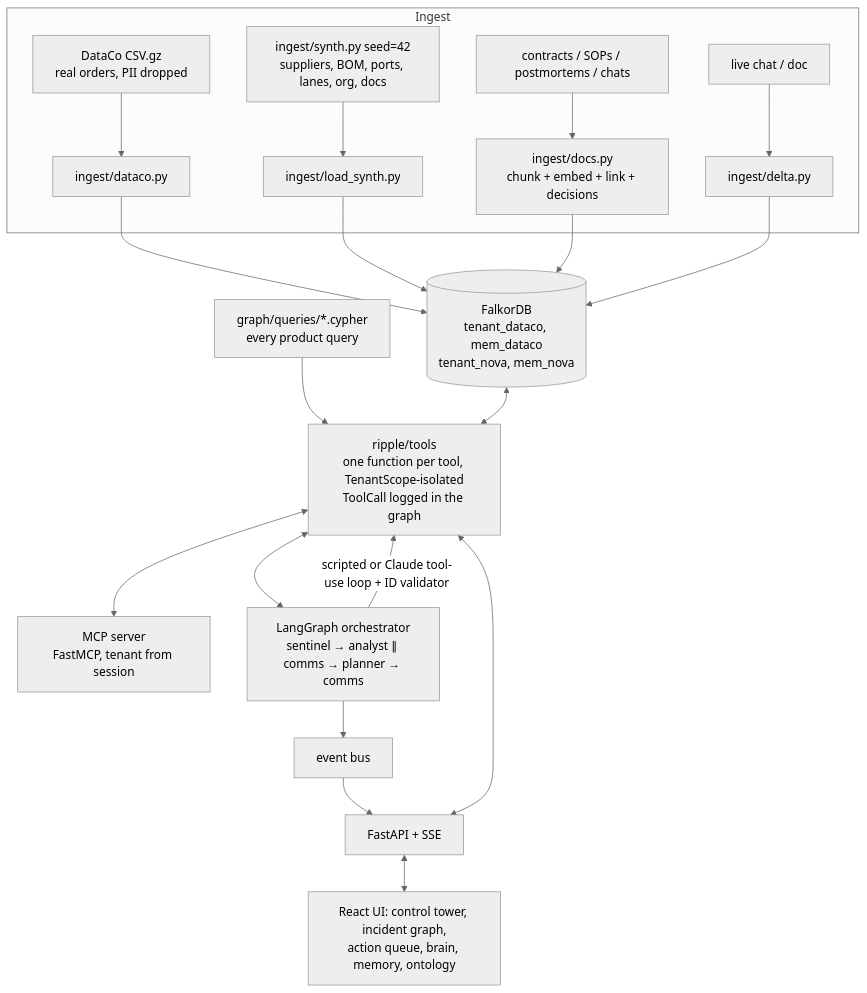
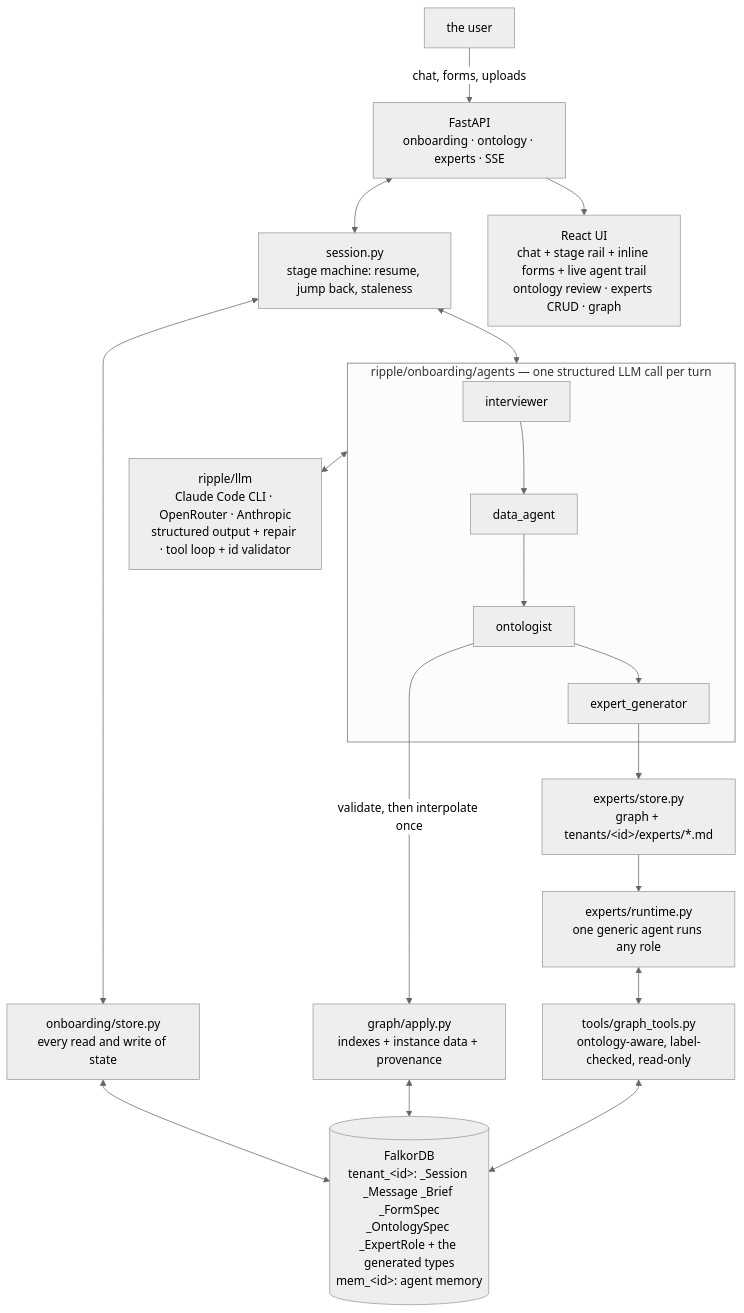
One commit to DivyanshParashar1/iota-graph-hackathon changed the diagram in docs/README.template.md. Above: the diagram before and after it, drawn with Mermaid (neutral theme). The commit also changed other lines of this file and 46 other files, not shown here.

Commit message:
Add v2 UI, live test suite and fixes for two model-only bugs

````diff
--- a/docs/README.template.md
+++ b/docs/README.template.md
@@ -41,18 +60,18 @@
 ```mermaid
 flowchart TB
-  subgraph Ingest
-    CSV[DataCo CSV.gz<br/>real orders, PII dropped] --> L1[ingest/dataco.py]
-    GEN[ingest/synth.py seed=42<br/>suppliers, BOM, ports, lanes, org, docs] --> L2[ingest/load_synth.py]
-    DOCS[contracts / SOPs / postmortems / chats] --> L3[ingest/docs.py<br/>chunk + embed + link + decisions]
-    DELTA[live chat / doc] --> L4[ingest/delta.py]
+  U[the user] -->|chat, forms, uploads| API
+  subgraph Agents["ripple/onboarding/agents — one structured LLM call per turn"]
+    I[interviewer] --> D[data_agent] --> O[ontologist] --> X[expert_generator]
   end
-  L1 & L2 & L3 & L4 --> FDB[(FalkorDB<br/>tenant_dataco, mem_dataco<br/>tenant_nova, mem_nova)]
-  Q[graph/queries/*.cypher<br/>every product query] --> TOOLS
-  FDB <--> TOOLS[ripple/tools<br/>one function per tool, TenantScope-isolated<br/>ToolCall logged in the graph]
-  TOOLS <--> MCP[MCP server<br/>FastMCP, tenant from session]
-  TOOLS <--> ORCH[LangGraph orchestrator<br/>sentinel → analyst ∥ comms → planner → comms]
-  ORCH -->|scripted or Claude tool-use loop + ID validator| TOOLS
-  ORCH --> BUS[event bus] --> API[FastAPI + SSE]
-  TOOLS <--> API
-  API <--> UI[React UI: control tower, incident graph,<br/>action queue, brain, memory, ontology]
+  API[FastAPI<br/>onboarding · ontology · experts · SSE] <--> SM[session.py<br/>stage machine: resume, jump back, staleness]
+  SM <--> Agents
+  Agents <--> LLM[ripple/llm<br/>Claude Code CLI · OpenRouter · Anthropic<br/>structured output + repair · tool loop + id validator]
+  SM <--> ST[onboarding/store.py<br/>every read and write of state]
+  O -->|validate, then interpolate once| AP[graph/apply.py<br/>indexes + instance data + provenance]
+  ST & AP <--> FDB[(FalkorDB<br/>tenant_&lt;id&gt;: _Session _Message _Brief _FormSpec<br/>_OntologySpec _ExpertRole + the generated types<br/>mem_&lt;id&gt;: agent memory)]
+  X --> ER[experts/store.py<br/>graph + tenants/&lt;id&gt;/experts/*.md]
+  ER --> RT[experts/runtime.py<br/>one generic agent runs any role]
+  RT <--> TOOLS[tools/graph_tools.py<br/>ontology-aware, label-checked, read-only]
+  TOOLS <--> FDB
+  API --> UI[React UI<br/>chat + stage rail + inline forms + live agent trail<br/>ontology review · experts CRUD · graph]
 ```
````
